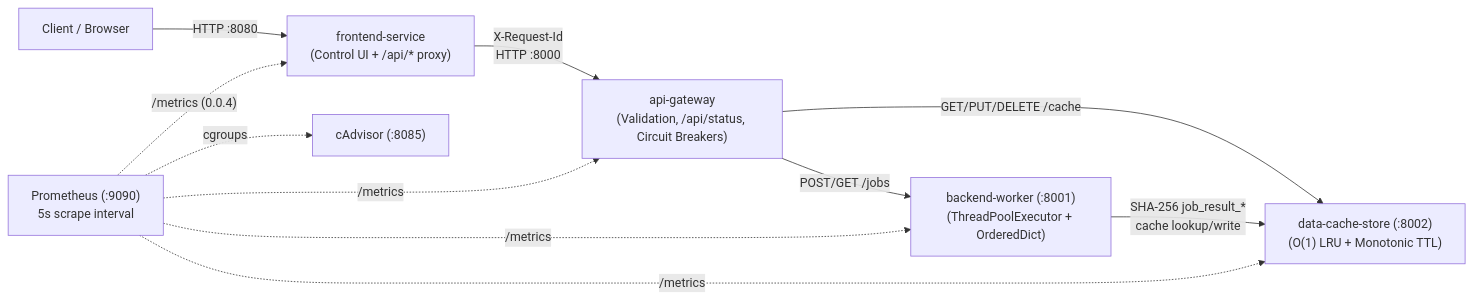
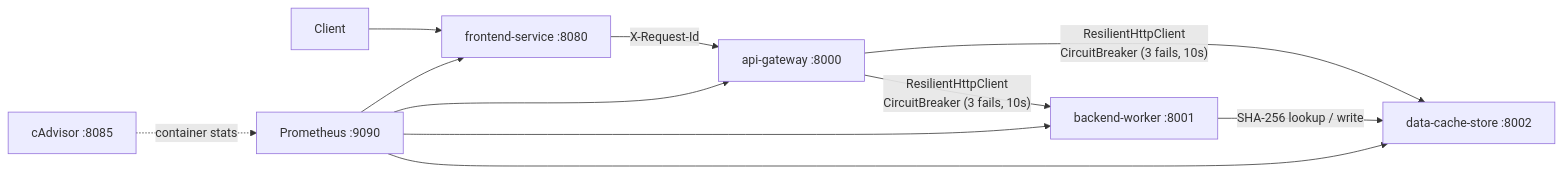
One commit to Bisher-eng-1/microservices-reliability-project changed the first of 2 diagrams in README.md. Above: the diagram before and after it, drawn with Mermaid. The commit also changed other lines of this file, not shown here.

````diff
--- a/README.md
+++ b/README.md
@@ -11,15 +68,13 @@
 ```mermaid
 flowchart LR
-    U["Client / Browser"] -->|"HTTP :8080"| FE["frontend-service\n(Control UI + /api/* proxy)"]
-    FE -->|"X-Request-Id\nHTTP :8000"| GW["api-gateway\n(Validation, /api/status, Circuit Breakers)"]
-
-    GW -->|"POST/GET /jobs"| WK["backend-worker (:8001)\n(ThreadPoolExecutor + OrderedDict)"]
-    GW -->|"GET/PUT/DELETE /cache"| CA["data-cache-store (:8002)\n(O(1) LRU + Monotonic TTL)"]
-    WK -->|"SHA-256 job_result_*\ncache lookup/write"| CA
-
-    PR["Prometheus (:9090)\n5s scrape interval"] -. "/metrics (0.0.4)" .-> FE
-    PR -. "/metrics" .-> GW
-    PR -. "/metrics" .-> WK
-    PR -. "/metrics" .-> CA
-    PR -. "cgroups" .-> CAD["cAdvisor (:8085)"]
+    U["Client"] --> FE["frontend-service :8080"]
+    FE -->|"X-Request-Id"| GW["api-gateway :8000"]
+    GW -->|"ResilientHttpClient<br/>CircuitBreaker (3 fails, 10s)"| WK["backend-worker :8001"]
+    GW -->|"ResilientHttpClient<br/>CircuitBreaker (3 fails, 10s)"| CS["data-cache-store :8002"]
+    WK -->|"SHA-256 lookup / write"| CS
+    PR["Prometheus :9090"] --> FE
+    PR --> GW
+    PR --> WK
+    PR --> CS
+    CA["cAdvisor :8085"] -.->|"container stats"| PR
 ```
````
